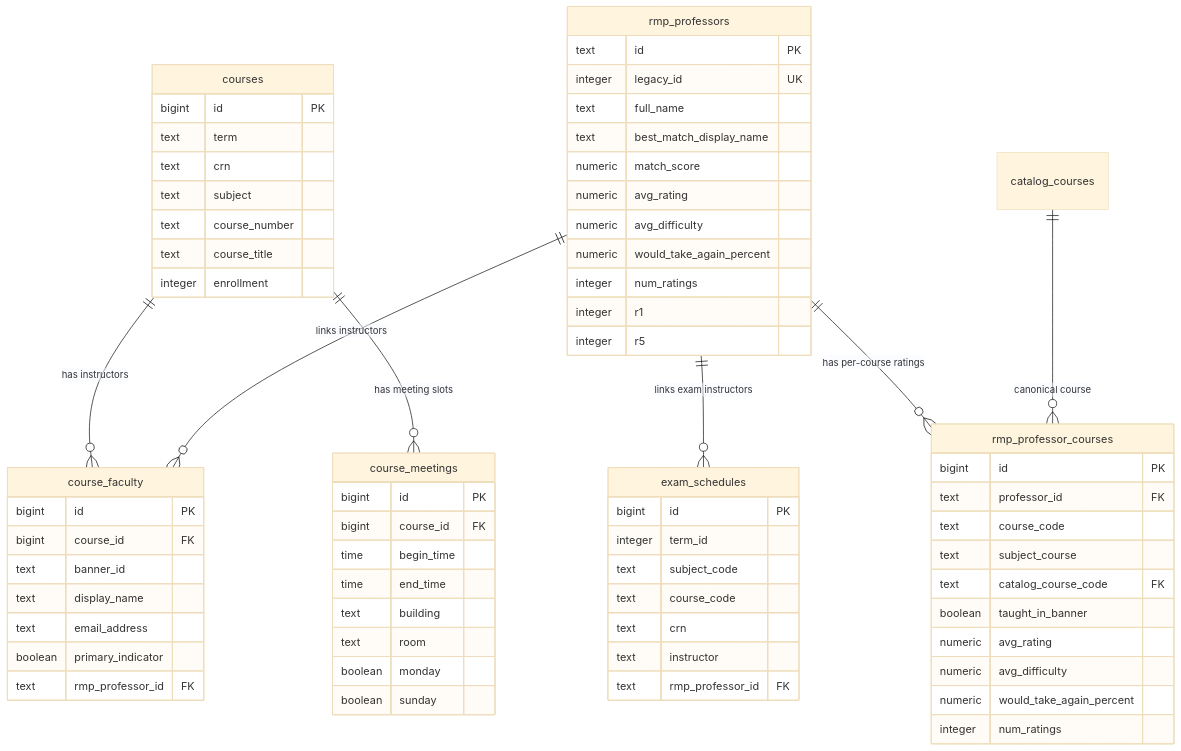
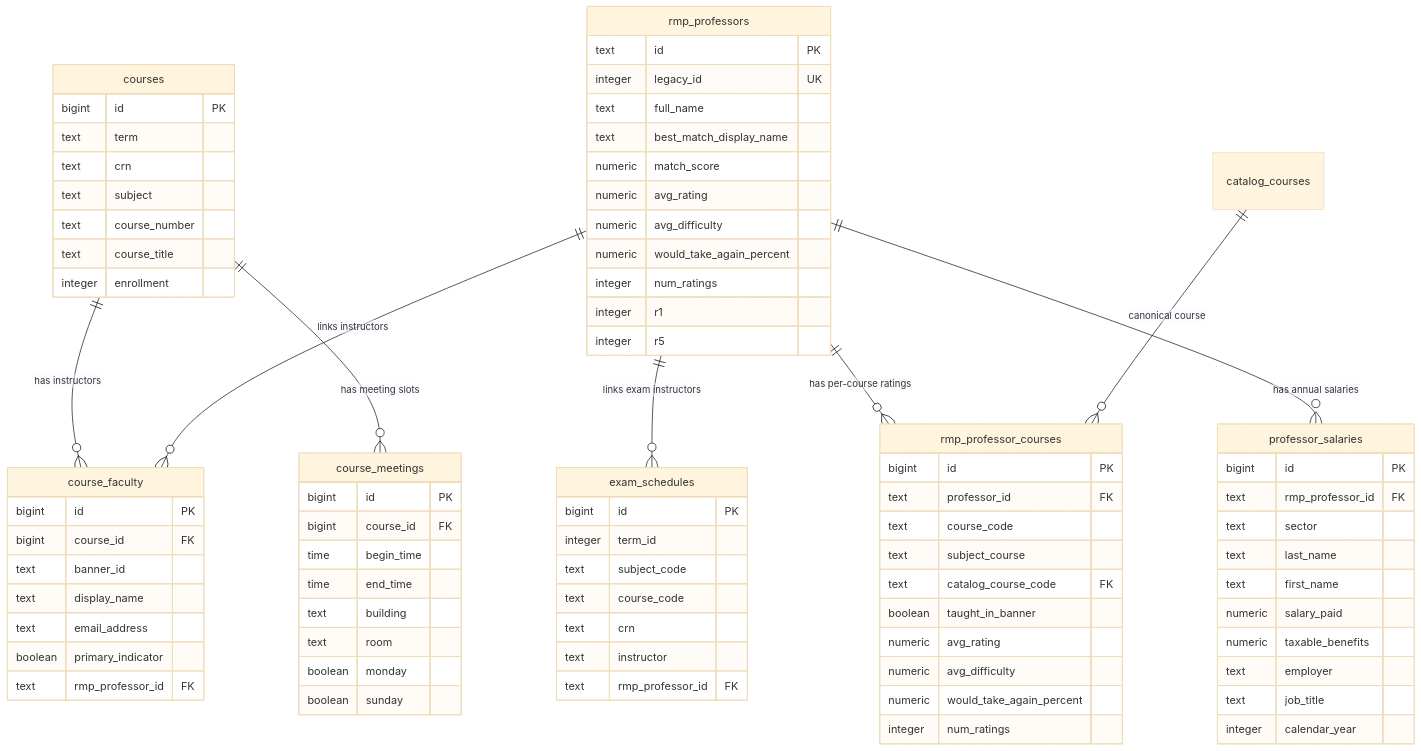
The diagram in docs/database.md (thomasm444/better-otu), drawn with Mermaid (base theme) before and after one commit. The commit also changed other lines of this file and 12 other files, not shown here.

````diff
--- a/docs/database.md
+++ b/docs/database.md
@@ -43,6 +44,7 @@
     rmp_professors ||--o{ course_faculty : "links instructors"
     rmp_professors ||--o{ exam_schedules : "links exam instructors"
     rmp_professors ||--o{ rmp_professor_courses : "has per-course ratings"
+    rmp_professors ||--o{ professor_salaries : "has annual salaries"
     catalog_courses ||--o{ rmp_professor_courses : "canonical course"
 
     courses {
@@ -107,4 +109,16 @@
         numeric would_take_again_percent
         integer num_ratings
     }
+    professor_salaries {
+        bigint id PK
+        text rmp_professor_id FK
+        text sector
+        text last_name
+        text first_name
+        numeric salary_paid
+        numeric taxable_benefits
+        text employer
+        text job_title
+        integer calendar_year
+    }
 ```
````
